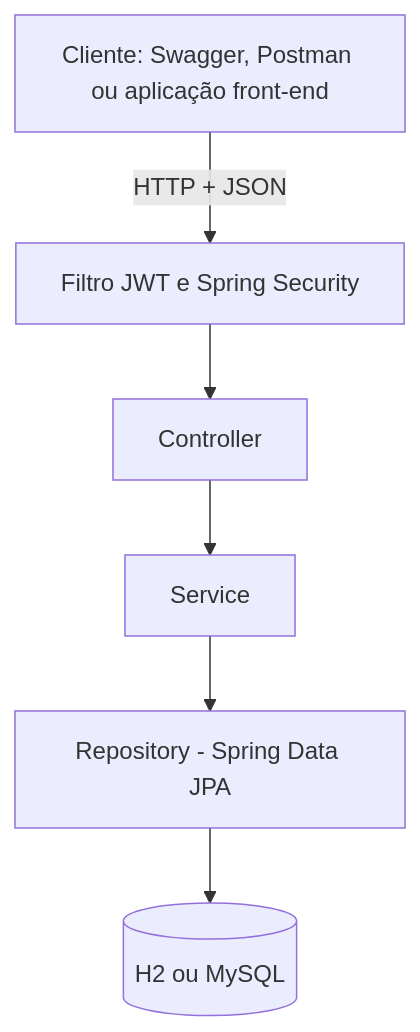
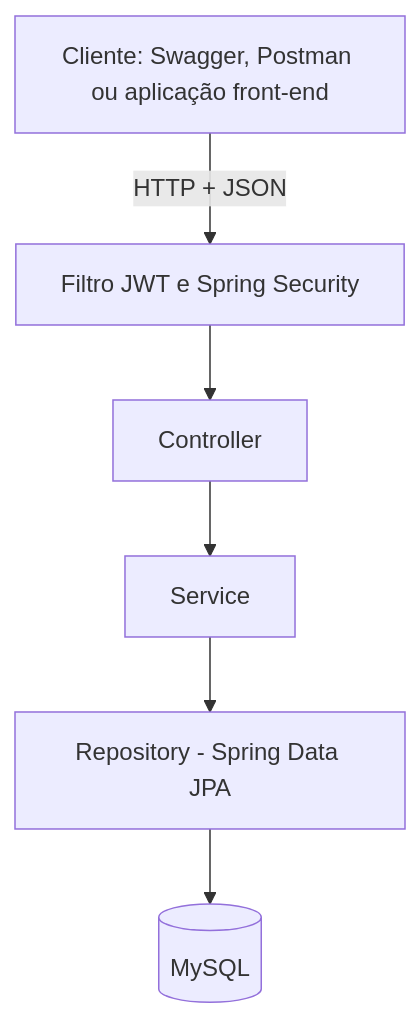
One commit to SuzukiArthur/Gerenciamento-de-Projetos changed the first of 3 diagrams in README.md. Above: the diagram before and after it, drawn with Mermaid. The commit also changed other lines of this file, not shown here.

````diff
--- a/README.md
+++ b/README.md
@@ -21,8 +27,8 @@
 ```mermaid
 flowchart TD
     C[Cliente: Swagger, Postman ou aplicação front-end] -->|HTTP + JSON| F[Filtro JWT e Spring Security]
     F --> CT[Controller]
     CT --> S[Service]
     S --> R[Repository - Spring Data JPA]
-    R --> DB[(H2 ou MySQL)]
+    R --> DB[(MySQL)]
 ```
````
